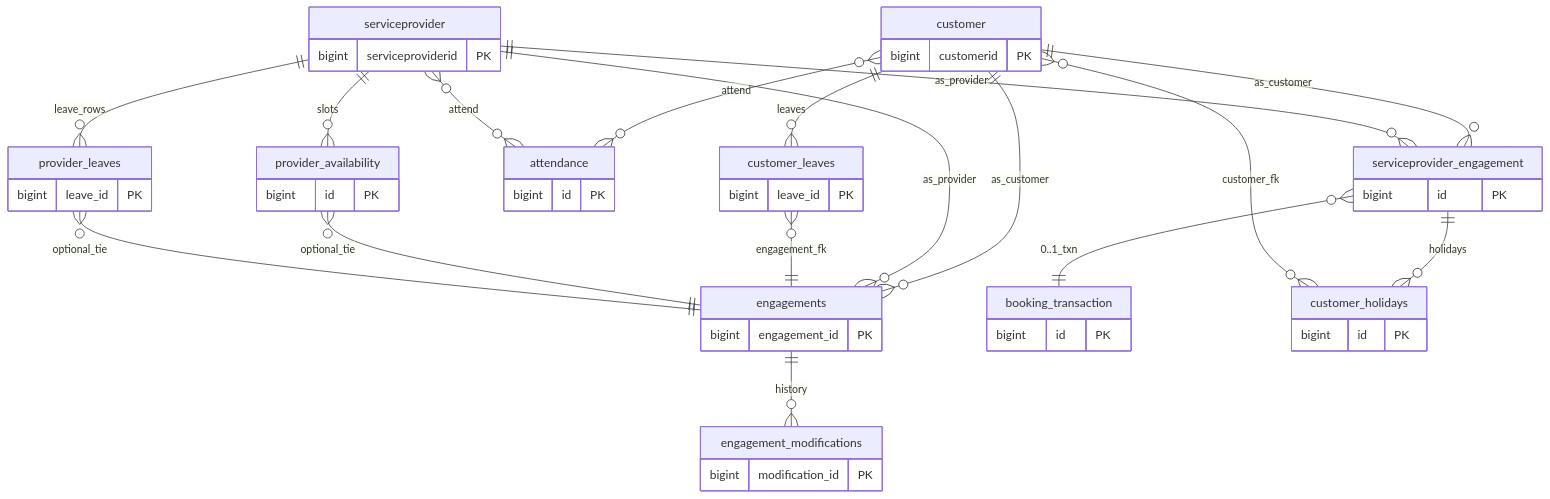
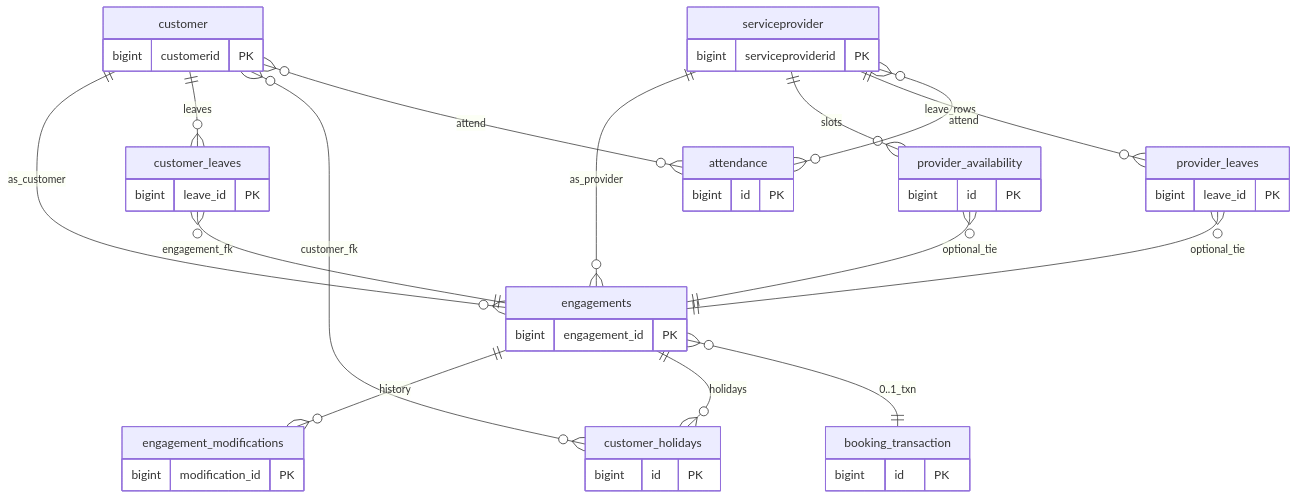
Before and after one commit to ServEase-Innovations/Serveaso: the fourth of 9 diagrams in README.md, drawn with Mermaid. The commit also changed other lines of this file and 9 other files, not shown here.

````diff
--- a/README.md
+++ b/README.md
@@ -169,52 +163,47 @@
 ```mermaid
 erDiagram
   customer {
     bigint customerid PK
   }
   serviceprovider {
     bigint serviceproviderid PK
   }
   engagements {
     bigint engagement_id PK
-  }
-  serviceprovider_engagement {
-    bigint id PK
   }
   engagement_modifications {
     bigint modification_id PK
   }
   customer_leaves {
     bigint leave_id PK
   }
   booking_transaction {
     bigint id PK
   }
   customer_holidays {
     bigint id PK
   }
   attendance {
     bigint id PK
   }
   provider_availability {
     bigint id PK
   }
   provider_leaves {
     bigint leave_id PK
   }
   customer ||--o{ engagements : "as_customer"
   serviceprovider ||--o{ engagements : "as_provider"
-  customer ||--o{ serviceprovider_engagement : "as_customer"
-  serviceprovider ||--o{ serviceprovider_engagement : "as_provider"
   engagements ||--o{ engagement_modifications : "history"
   customer ||--o{ customer_leaves : "leaves"
   customer_leaves }o--|| engagements : "engagement_fk"
+  engagements ||--o{ customer_holidays : "holidays"
+  customer }o--o{ customer_holidays : "customer_fk"
+  engagements }o--|| booking_transaction : "0..1_txn"
   serviceprovider ||--o{ provider_availability : "slots"
   serviceprovider ||--o{ provider_leaves : "leave_rows"
   provider_availability }o--|| engagements : "optional_tie"
   provider_leaves }o--|| engagements : "optional_tie"
-  serviceprovider_engagement ||--o{ customer_holidays : "holidays"
-  customer }o--o{ customer_holidays : "customer_fk"
-  serviceprovider_engagement }o--|| booking_transaction : "0..1_txn"
   customer }o--o{ attendance : "attend"
   serviceprovider }o--o{ attendance : "attend"
 ```
````
